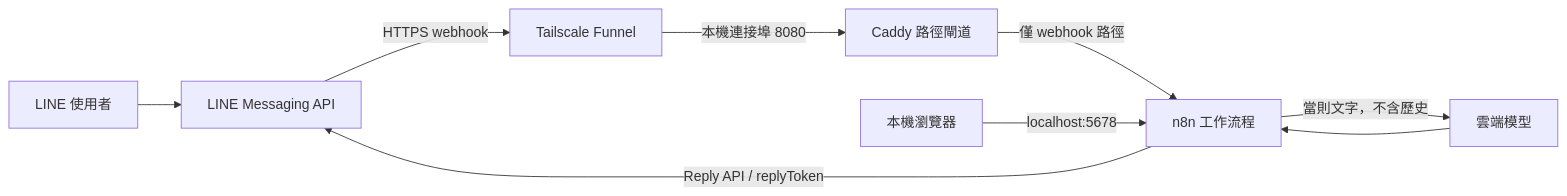
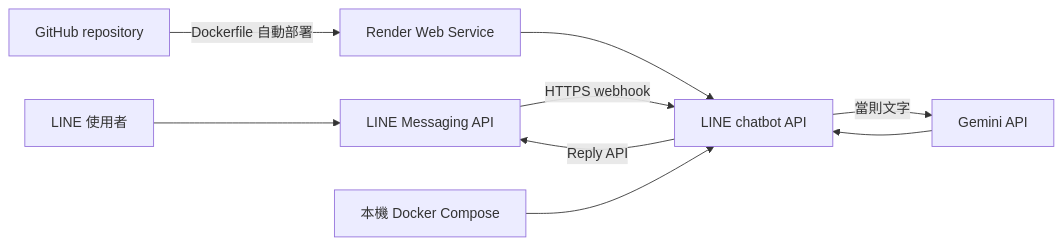
The diagram in plan.md (dn-999/test), drawn with Mermaid before and after one commit. The commit also changed other lines of this file and 15 other files, not shown here.

Commit message:
Replace n8n prototype with Render chatbot service

````diff
--- a/plan.md
+++ b/plan.md
@@ -26,11 +16,11 @@
 ```mermaid
 flowchart LR
   U[LINE 使用者] --> L[LINE Messaging API]
-  L -->|HTTPS webhook| F[Tailscale Funnel]
-  F -->|本機連接埠 8080| C[Caddy 路徑閘道]
-  C -->|僅 webhook 路徑| N[n8n 工作流程]
-  N -->|當則文字，不含歷史| M[雲端模型]
-  M --> N
-  N -->|Reply API / replyToken| L
-  E[本機瀏覽器] -->|localhost:5678| N
+  L -->|HTTPS webhook| A[LINE chatbot API]
+  A -->|當則文字| G[Gemini API]
+  G --> A
+  A -->|Reply API| L
+  D[GitHub repository] -->|Dockerfile 自動部署| R[Render Web Service]
+  R --> A
+  C[本機 Docker Compose] --> A
 ```
````
